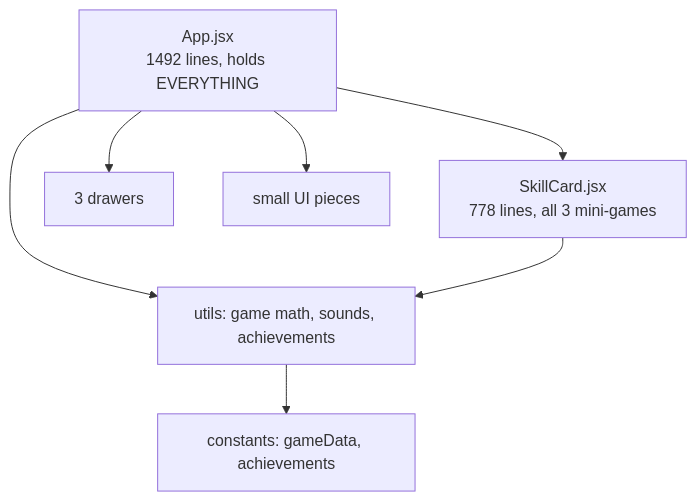
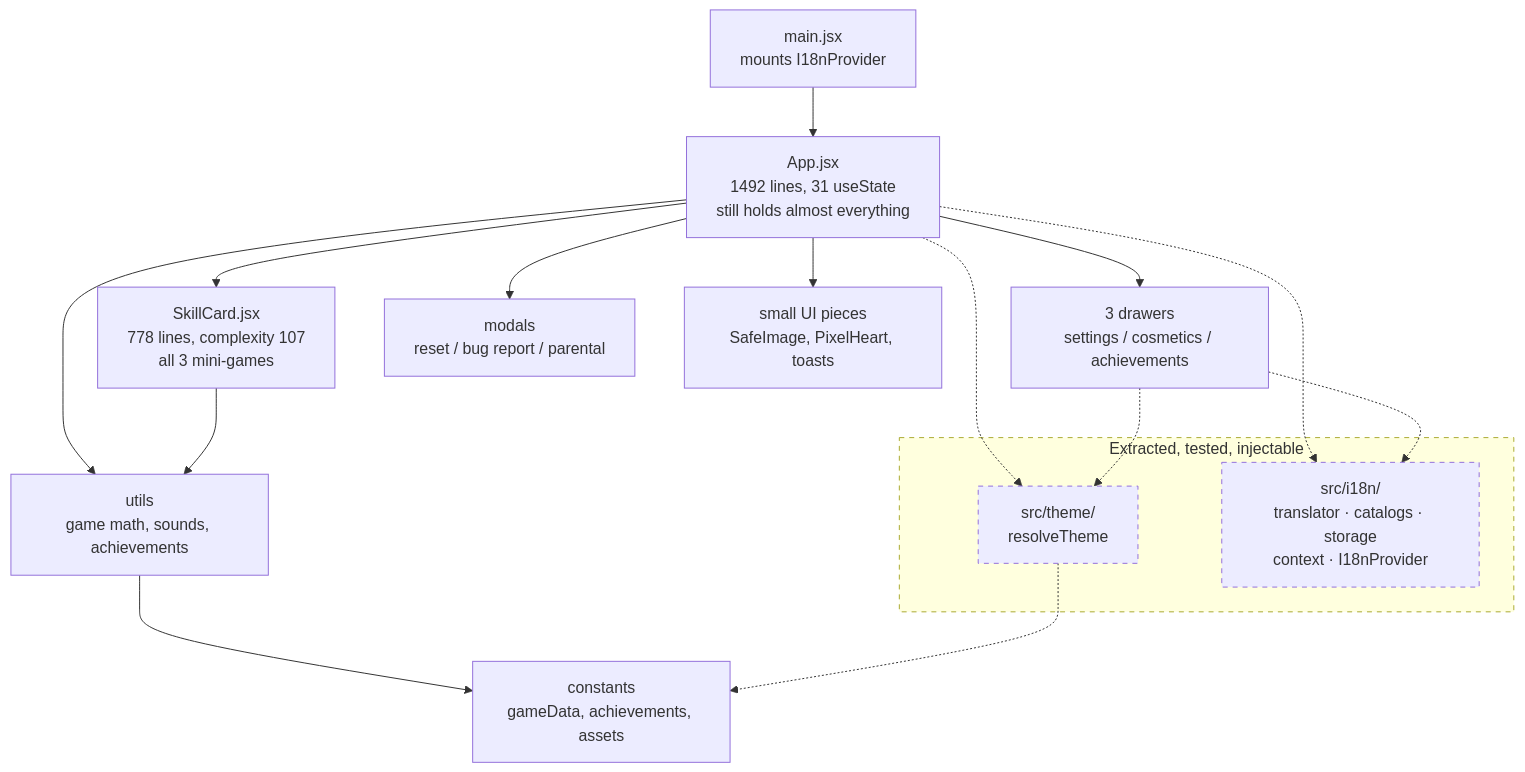
Before and after one commit to gabou-02/Codewash_CI-CD: the diagram in docs/DEBT.md, drawn with Mermaid. The commit also changed other lines of this file, not shown here.

Commit message:
[~] Update architecture map (D12)

````diff
--- a/docs/DEBT.md
+++ b/docs/DEBT.md
@@ -11,9 +15,27 @@
 ```mermaid
 graph TD
-    APP[App.jsx<br>1492 lines, holds EVERYTHING] --> SKILL[SkillCard.jsx<br>778 lines, all 3 mini-games]
-    APP --> DRAWERS[3 drawers]
-    APP --> UI[small UI pieces]
-    APP --> UTILS[utils: game math, sounds, achievements]
+    MAIN[main.jsx<br>mounts I18nProvider] --> APP
+
+    APP["App.jsx<br>1492 lines, 31 useState<br>still holds almost everything"]
+    APP --> SKILL["SkillCard.jsx<br>778 lines, complexity 107<br>all 3 mini-games"]
+    APP --> DRAWERS[3 drawers<br>settings / cosmetics / achievements]
+    APP --> MODALS[modals<br>reset / bug report / parental]
+    APP --> UI[small UI pieces<br>SafeImage, PixelHeart, toasts]
+    APP --> UTILS[utils<br>game math, sounds, achievements]
     SKILL --> UTILS
-    UTILS --> DATA[constants: gameData, achievements]
+    UTILS --> DATA[constants<br>gameData, achievements, assets]
+
+    APP -.-> THEME
+    APP -.-> I18N
+    DRAWERS -.-> I18N
+    DRAWERS -.-> THEME
+    THEME -.-> DATA
+
+    subgraph extracted [Extracted, tested, injectable]
+        I18N["src/i18n/<br>translator · catalogs · storage<br>context · I18nProvider"]
+        THEME["src/theme/<br>resolveTheme"]
+    end
+
+    classDef new stroke-dasharray: 5 5
+    class I18N,THEME,extracted new
 ```
````
